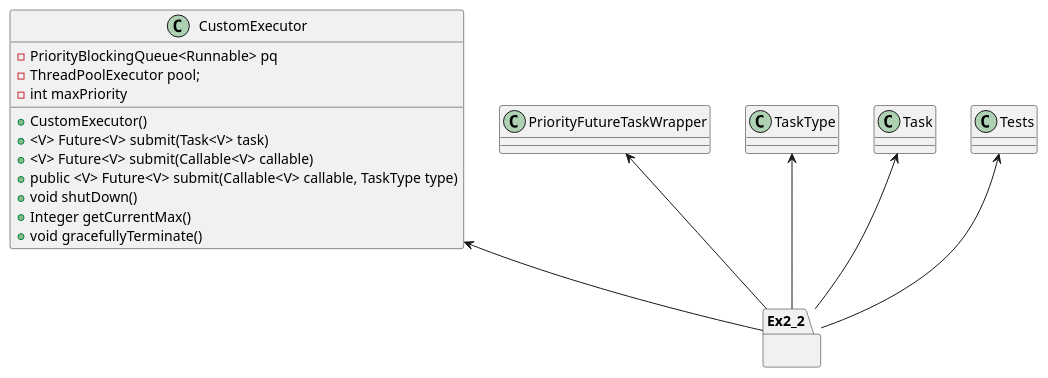
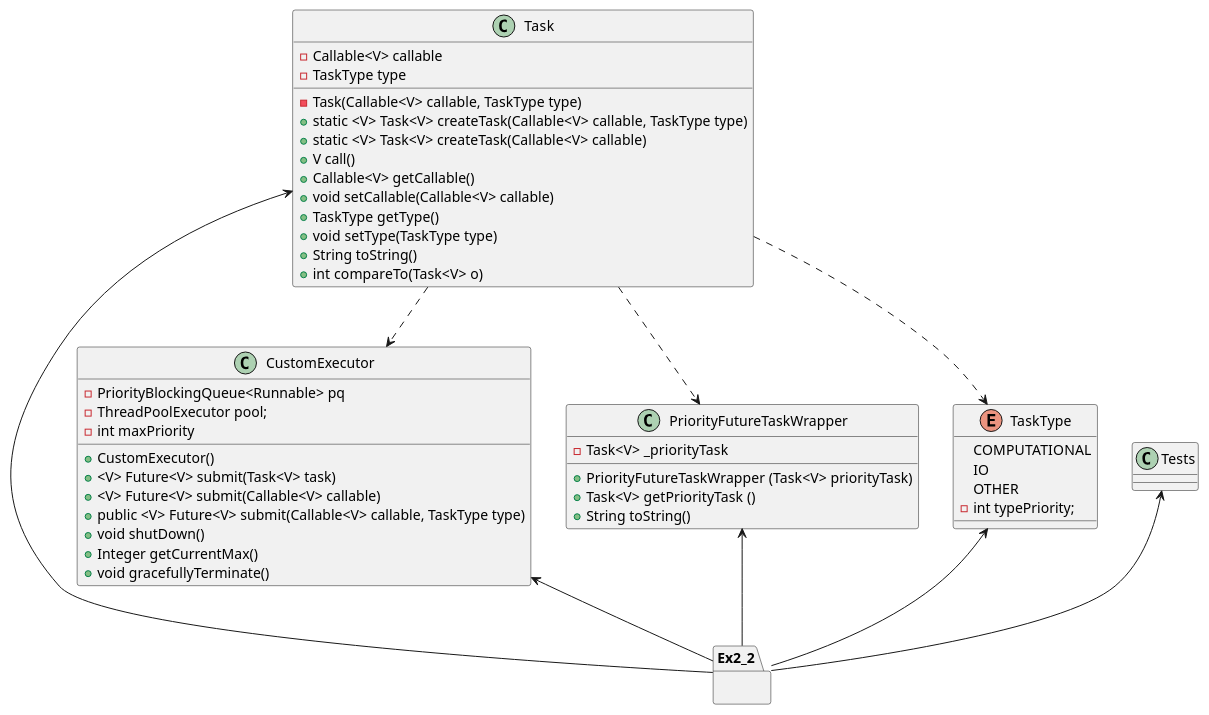
One commit to ofirshitrit/OOP-Ex2 changed the diagram in out/production/Ex2/Ex2_2/Diagram2.puml. Above: the diagram before and after it, drawn with PlantUML. The commit also changed 12 other files, not shown here.

```diff
--- a/out/production/Ex2/Ex2_2/Diagram2.puml
+++ b/out/production/Ex2/Ex2_2/Diagram2.puml
@@ -1,28 +1,63 @@
 @startuml
 CustomExecutor <-- Ex2_2
+Task <-- Ex2_2
 PriorityFutureTaskWrapper <-- Ex2_2
 TaskType <-- Ex2_2
-Task <-- Ex2_2
 Tests <-- Ex2_2
+Task ..> CustomExecutor
+Task ..> TaskType
+Task ..> PriorityFutureTaskWrapper
+
+
 
 package Ex2_2{
 
 }
 
 class CustomExecutor {
 
  - PriorityBlockingQueue<Runnable> pq
    - ThreadPoolExecutor pool;
    - int maxPriority
      + CustomExecutor()
      + <V> Future<V> submit(Task<V> task)
      + <V> Future<V> submit(Callable<V> callable)
     + public <V> Future<V> submit(Callable<V> callable, TaskType type)
     + void shutDown()
     + Integer getCurrentMax()
     + void gracefullyTerminate()
+}
+
+class Task{
+- Callable<V> callable
+- TaskType type
+- Task(Callable<V> callable, TaskType type)
++ static <V> Task<V> createTask(Callable<V> callable, TaskType type)
++ static <V> Task<V> createTask(Callable<V> callable)
++ V call()
++ Callable<V> getCallable()
++ void setCallable(Callable<V> callable)
++ TaskType getType()
++ void setType(TaskType type)
++ String toString()
++ int compareTo(Task<V> o)
+}
 
 
+
+enum TaskType{
+    COMPUTATIONAL
+    IO
+    OTHER
+    - int typePriority;
 }
 
+class PriorityFutureTaskWrapper{
+- Task<V> _priorityTask
++ PriorityFutureTaskWrapper (Task<V> priorityTask)
++ Task<V> getPriorityTask ()
++ String toString()
+}
+
+
 @enduml
```
